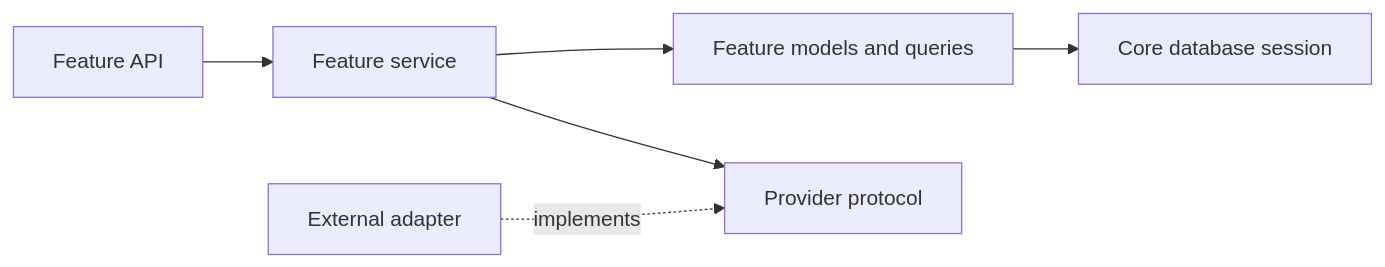
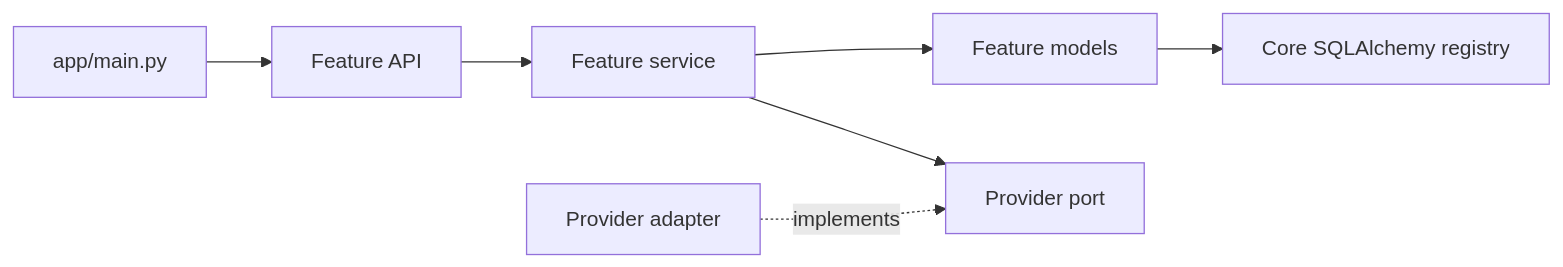
The diagram in docs/FEATURE_ARCHITECTURE.md (juancarlosf2/scheduler-api-fastapi), drawn with Mermaid before and after one commit. The commit also changed other lines of this file and 96 other files, not shown here.

Commit message:
Refactor scheduler API into feature packages

````diff
--- a/docs/FEATURE_ARCHITECTURE.md
+++ b/docs/FEATURE_ARCHITECTURE.md
@@ -79,8 +44,9 @@
 ```mermaid
 flowchart LR
-    API[Feature API] --> Service[Feature service]
-    Service --> Model[Feature models and queries]
-    Service --> Port[Provider protocol]
-    Adapter[External adapter] -. implements .-> Port
-    Model --> DB[Core database session]
+    Main[app/main.py] --> API[Feature API]
+    API --> Service[Feature service]
+    Service --> Model[Feature models]
+    Service --> Port[Provider port]
+    Adapter[Provider adapter] -. implements .-> Port
+    Model --> Registry[Core SQLAlchemy registry]
 ```
````
